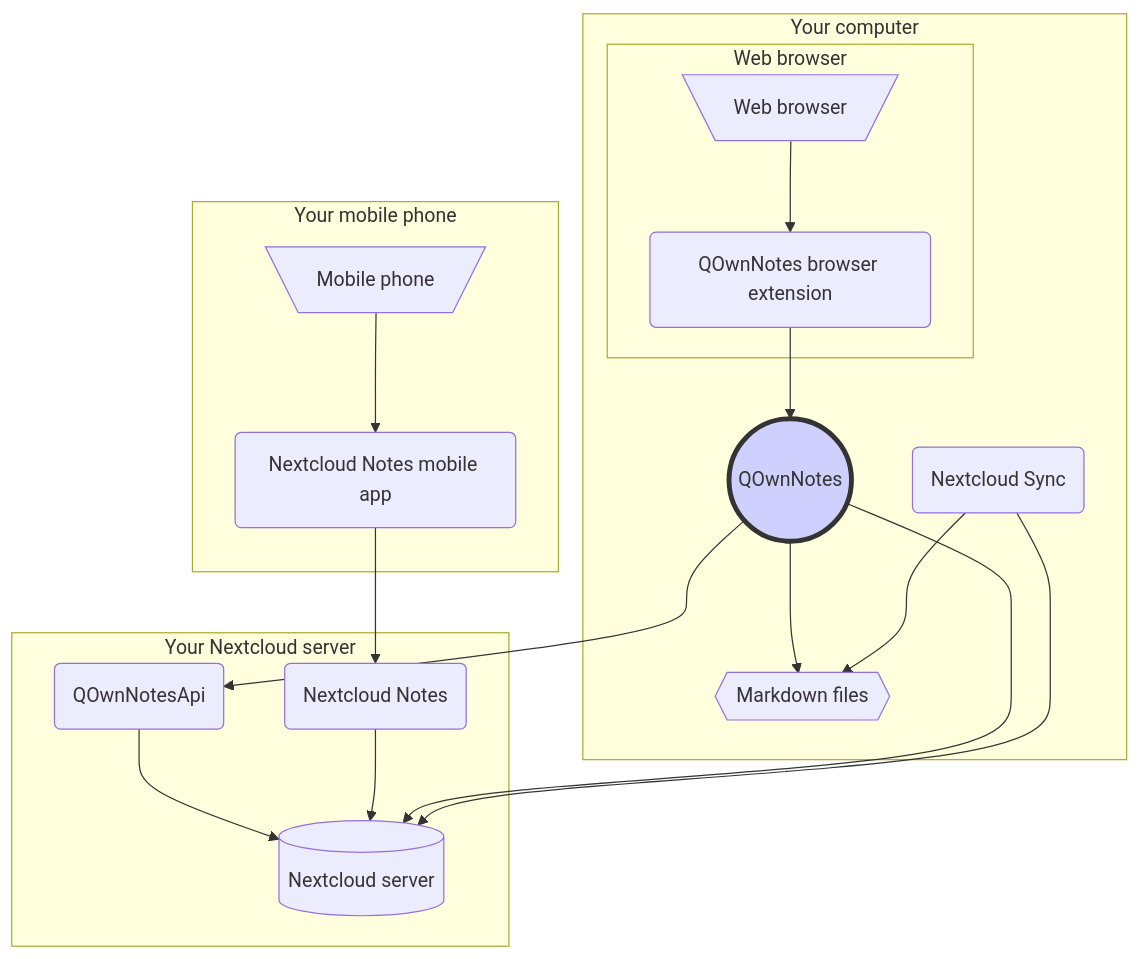
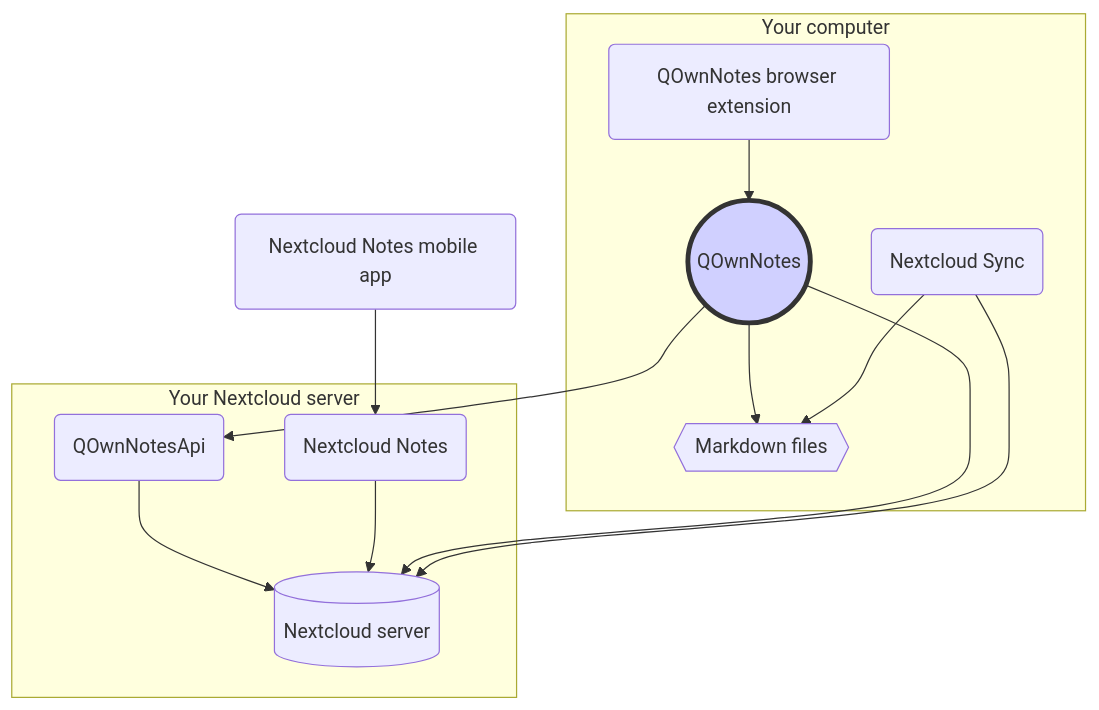
One commit to pbek/QOwnNotes changed the diagram in docs/content/getting-started/concept.md. Above: the diagram before and after it, drawn with Mermaid.

Commit message:
Make concept graph a little bit simpler

```diff
--- a/docs/content/getting-started/concept.md
+++ b/docs/content/getting-started/concept.md
@@ -3,34 +3,27 @@
 <div class="mermaid">
 graph TB
     subgraph Your computer
         qon((QOwnNotes))-->md{{"Markdown files"}}
         sync("Nextcloud Sync")-->md
-
-        subgraph Web browser
-            browser[\Web browser/]-->qon-comp("QOwnNotes browser extension")
-        end
+        qon-comp("QOwnNotes browser extension")-->qon
     end
     subgraph Your Nextcloud server
         qon-api("QOwnNotesApi")-->ncs[("Nextcloud server")]
         nc-notes-app("Nextcloud Notes")-->ncs
     end
-    subgraph Your mobile phone
-        mob[\Mobile phone/]-->nc-notes-mob("Nextcloud Notes mobile app")
-    end
 
-    qon-comp-->qon
+    nc-notes-mob("Nextcloud Notes mobile app")-->nc-notes-app
     qon-->qon-api
     qon-->ncs
-    nc-notes-mob-->nc-notes-app
     sync-->ncs
 
     style qon fill:#d0d0ff,stroke:#333,stroke-width:4px
     click qon "../concept/#qownnotes" "QOwnNotes Desktop Application for managing your notes on your desktop computer"
     click md "../concept/#markdown-note-files" "Markdown, media and attachment files in your note folder"
     click qon-comp "../concept/#qownnotes-browser-extension" "QOwnNotes browser extension for managing bookmarks in markdown files and as web clipper"
     click sync "../concept/#nextcloud-desktop-sync-client" "Nextcloud desktop sync client to sync your notes to your server"
     click ncs "../concept/#nextcloud-server" "Nextcloud server to host your notes and other files"
     click qon-api "../concept/#qownnotesapi-nextcloud-app" "QOwnNotesAPI Nextcloud app to access your server-side trash and note versions"
     click nc-notes-app "../concept/#nextcloud-notes-server-app" "Nextcloud Notes server app to manage your notes in the web"
     click nc-notes-mob "../concept/#nextcloud-notes-mobile-app" "Nextcloud Notes mobile app to manage your notes on your mobile phone"
 </div>
```
